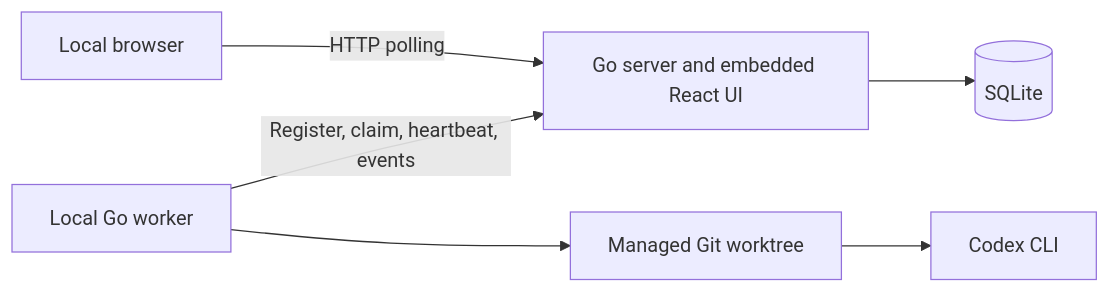
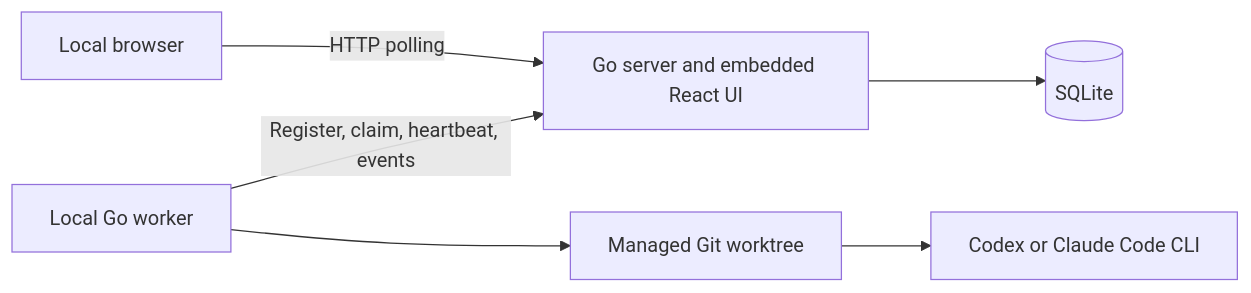
One commit to owainlewis/factory changed the diagram in docs/v2-architecture/design.md. Above: the diagram before and after it, drawn with Mermaid. The commit also changed other lines of this file and 33 other files, not shown here.

Commit message:
feat(v2): add Claude Code workers

````diff
--- a/docs/v2-architecture/design.md
+++ b/docs/v2-architecture/design.md
@@ -63,8 +63,8 @@
 ```mermaid
 flowchart LR
     B["Local browser"] -->|"HTTP polling"| S["Go server and embedded React UI"]
     W["Local Go worker"] -->|"Register, claim, heartbeat, events"| S
     S --> DB[("SQLite")]
     W --> WT["Managed Git worktree"]
-    WT --> C["Codex CLI"]
+    WT --> C["Codex or Claude Code CLI"]
 ```
````
